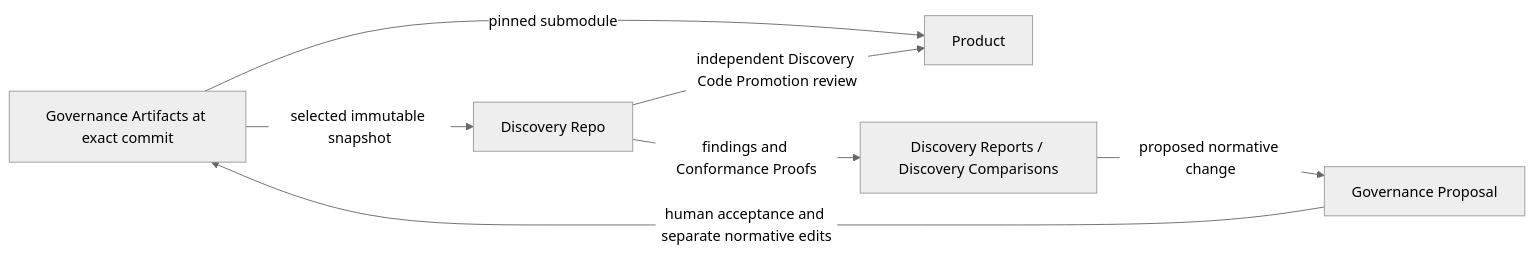
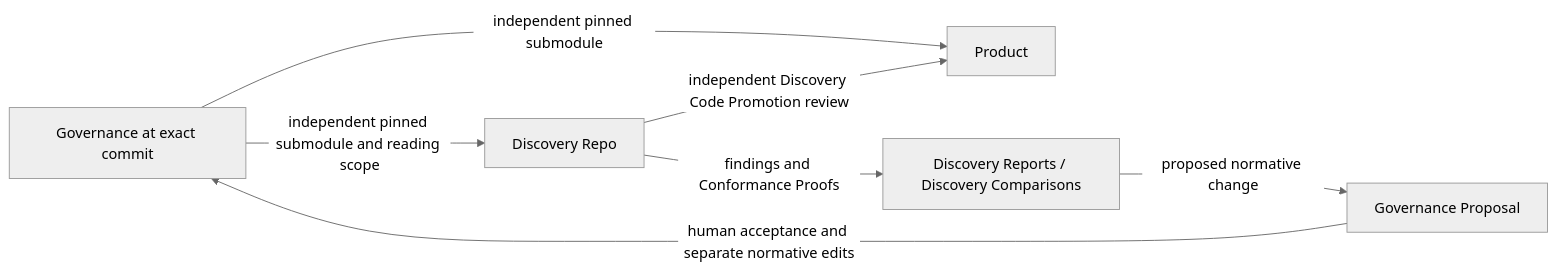
Before and after one commit to wadebee/blt-agent-skills: the diagram in planning/notional/governed-exploratory-development.md, drawn with Mermaid (neutral theme). The commit also changed other lines of this file and 28 other files, not shown here.

First line of the commit message:
docs(governance): adopt reading scope over snapshots

````diff
--- a/planning/notional/governed-exploratory-development.md
+++ b/planning/notional/governed-exploratory-development.md
@@ -562,9 +629,9 @@
 ```mermaid
 flowchart LR
-    G[Governance Artifacts at exact commit] -->|pinned submodule| P[Product]
-    G -->|selected immutable snapshot| D[Discovery Repo]
+    G[Governance at exact commit] -->|independent pinned submodule| P[Product]
+    G -->|independent pinned submodule and reading scope| D[Discovery Repo]
     D -->|findings and Conformance Proofs| R[Discovery Reports / Discovery Comparisons]
     R -->|proposed normative change| Q[Governance Proposal]
     Q -->|human acceptance and separate normative edits| G
     D -->|independent Discovery Code Promotion review| P
 ```
````
